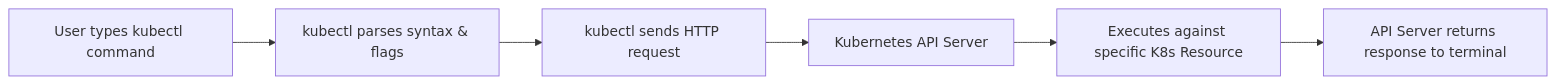
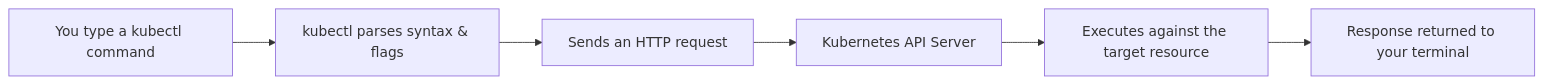
One commit to nirajp82/KubernetesWithAmazon_EKS_Fargate_DevOps changed the diagram in sections/02_EKS_Basics/03_Kubectl.md. Above: the diagram before and after it, drawn with Mermaid. The commit also changed other lines of this file and 11 other files, not shown here.

````diff
--- a/sections/02_EKS_Basics/03_Kubectl.md
+++ b/sections/02_EKS_Basics/03_Kubectl.md
@@ -52,9 +35,8 @@
 ```mermaid
 flowchart LR
-    A[User types kubectl command] --> B[kubectl parses syntax & flags]
-    B --> C[kubectl sends HTTP request]
+    A[You type a kubectl command] --> B[kubectl parses syntax & flags]
+    B --> C[Sends an HTTP request]
     C --> D[Kubernetes API Server]
-    D --> E[Executes against specific K8s Resource]
-    E --> F[API Server returns response to terminal]
-
+    D --> E[Executes against the target resource]
+    E --> F[Response returned to your terminal]
 ```
````
